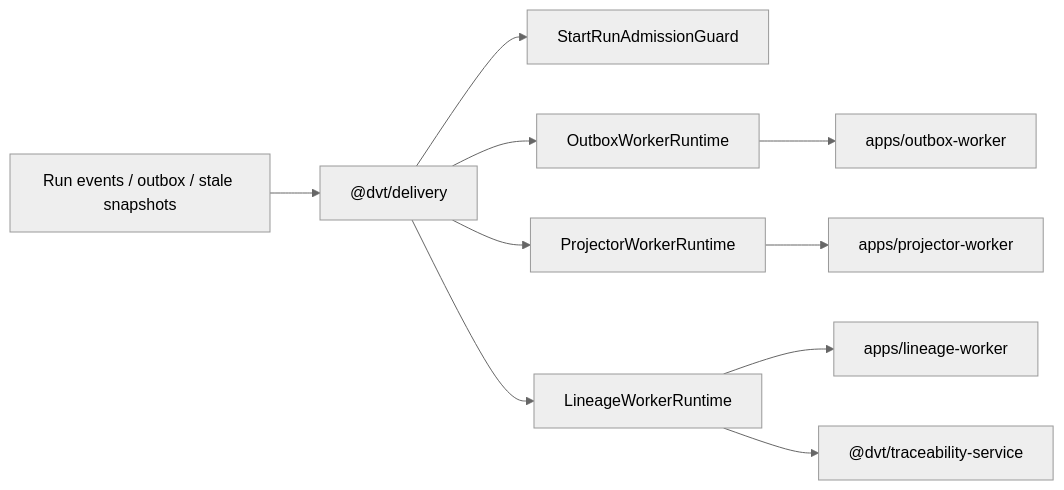
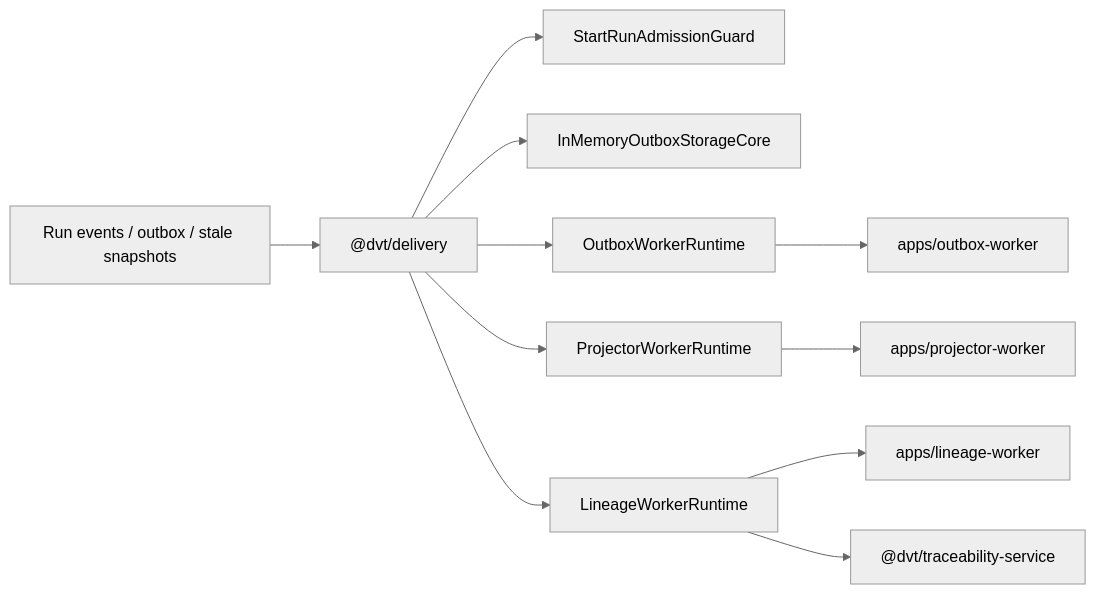
The diagram in docs/architecture/components/delivery/index.md (dunay2/dvt), drawn with Mermaid (neutral theme) before and after one commit. The commit also changed other lines of this file and 19 other files, not shown here.

Commit message:
refactor(engine): Centralize in-memory outbox ownership

````diff
--- a/docs/architecture/components/delivery/index.md
+++ b/docs/architecture/components/delivery/index.md
@@ -26,12 +28,13 @@
 ```mermaid
 flowchart LR
   RuntimeFacts["Run events / outbox / stale snapshots"] --> Delivery["@dvt/delivery"]
   Delivery --> Admission["StartRunAdmissionGuard"]
+  Delivery --> InMemory["InMemoryOutboxStorageCore"]
   Delivery --> Outbox["OutboxWorkerRuntime"]
   Delivery --> Projector["ProjectorWorkerRuntime"]
   Delivery --> Lineage["LineageWorkerRuntime"]
   Outbox --> OutboxHost["apps/outbox-worker"]
   Projector --> ProjectorHost["apps/projector-worker"]
   Lineage --> LineageHost["apps/lineage-worker"]
   Lineage --> Traceability["@dvt/traceability-service"]
 ```
````
